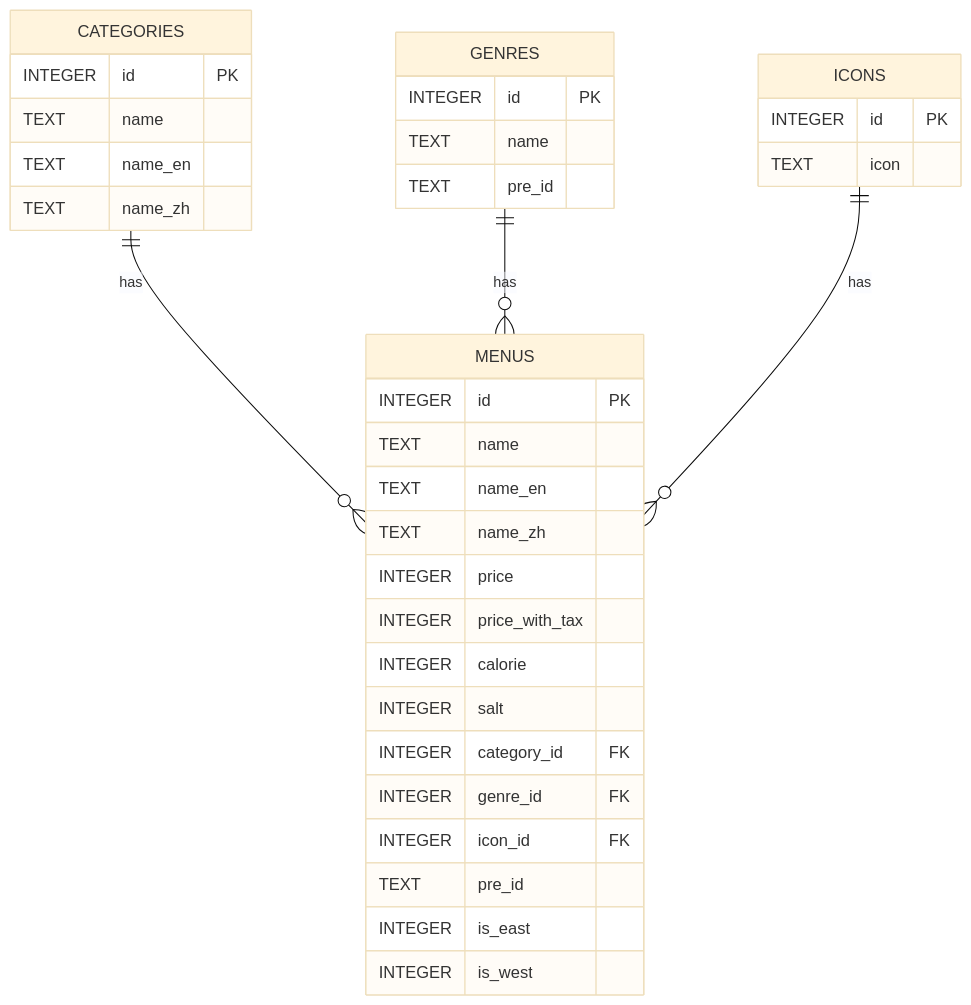
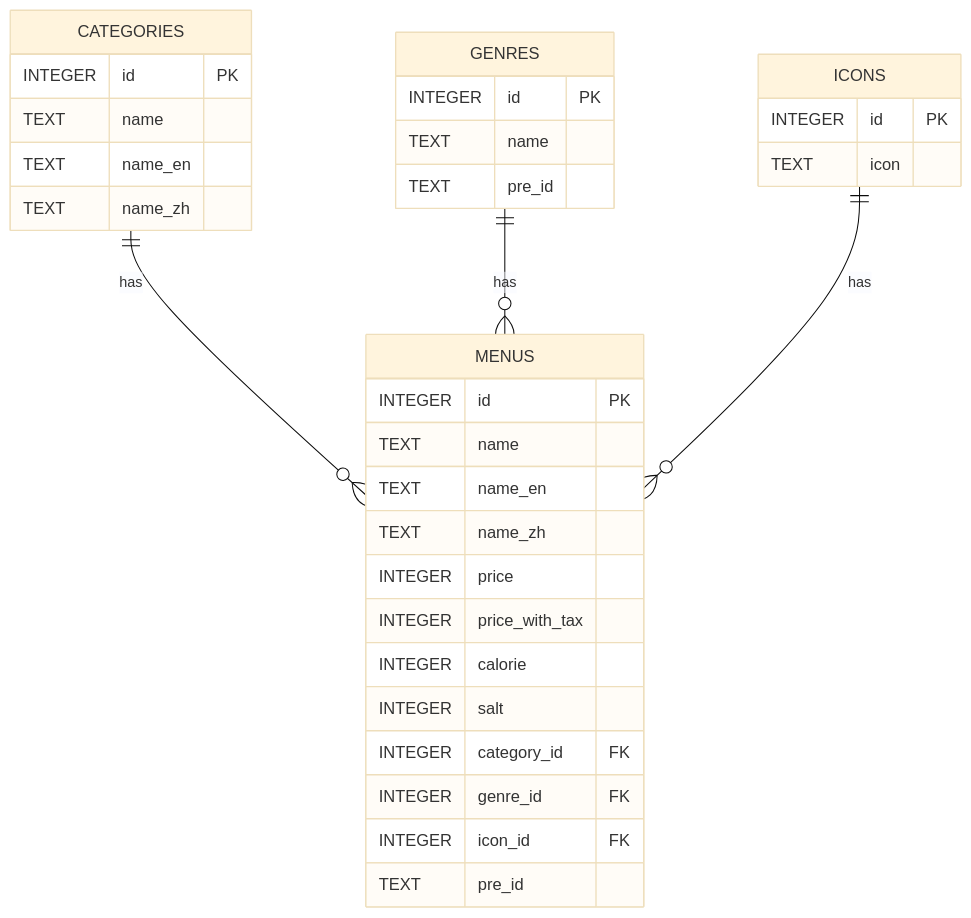
One commit to ryohidaka/saizeriya-menus changed the diagram in docs/database.md. Above: the diagram before and after it, drawn with Mermaid (base theme). The commit also changed other lines of this file and 9 other files, not shown here.

````diff
--- a/docs/database.md
+++ b/docs/database.md
@@ -5,41 +5,39 @@
 ```mermaid
 erDiagram
     CATEGORIES {
         INTEGER id PK
         TEXT name
         TEXT name_en
         TEXT name_zh
     }
 
     GENRES {
         INTEGER id PK
         TEXT name
         TEXT pre_id
     }
 
     ICONS {
         INTEGER id PK
         TEXT icon
     }
 
     MENUS {
         INTEGER id PK
         TEXT name
         TEXT name_en
         TEXT name_zh
         INTEGER price
         INTEGER price_with_tax
         INTEGER calorie
         INTEGER salt
         INTEGER category_id FK
         INTEGER genre_id FK
         INTEGER icon_id FK
         TEXT pre_id
-        INTEGER is_east
-        INTEGER is_west
     }
 
     CATEGORIES ||--o{ MENUS: "has"
     GENRES ||--o{ MENUS: "has"
     ICONS ||--o{ MENUS: "has"
 ```
````
